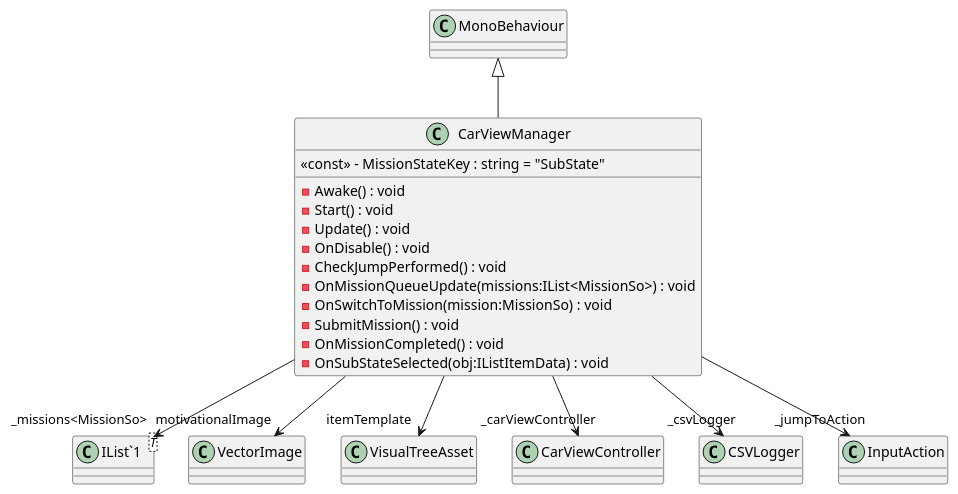
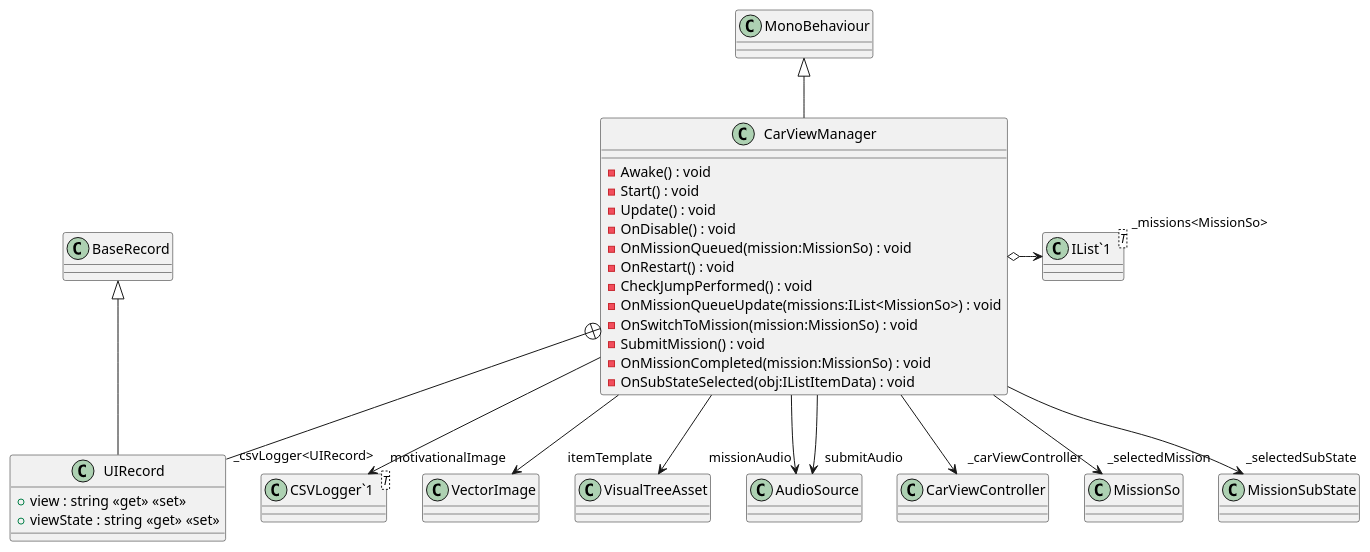
One commit to Ubus99/AVRO-Simulation changed the diagram in Assets/Documentation/UML/Simulation/UI/CarView/CarViewManager.puml. Above: the diagram before and after it, drawn with PlantUML. The commit also changed 105 other files, not shown here.

```diff
--- a/Assets/Documentation/UML/Simulation/UI/CarView/CarViewManager.puml
+++ b/Assets/Documentation/UML/Simulation/UI/CarView/CarViewManager.puml
@@ -1,24 +1,36 @@
 @startuml
 class CarViewManager {
-    <<const>> - MissionStateKey : string = "SubState"
     - Awake() : void
     - Start() : void
     - Update() : void
     - OnDisable() : void
+    - OnMissionQueued(mission:MissionSo) : void
+    - OnRestart() : void
     - CheckJumpPerformed() : void
     - OnMissionQueueUpdate(missions:IList<MissionSo>) : void
     - OnSwitchToMission(mission:MissionSo) : void
     - SubmitMission() : void
-    - OnMissionCompleted() : void
+    - OnMissionCompleted(mission:MissionSo) : void
     - OnSubStateSelected(obj:IListItemData) : void
 }
+class "CSVLogger`1"<T> {
+}
 class "IList`1"<T> {
+}
+class UIRecord {
+    + view : string <<get>> <<set>>
+    + viewState : string <<get>> <<set>>
 }
 MonoBehaviour <|-- CarViewManager
 CarViewManager --> "motivationalImage" VectorImage
 CarViewManager --> "itemTemplate" VisualTreeAsset
+CarViewManager --> "missionAudio" AudioSource
+CarViewManager --> "submitAudio" AudioSource
 CarViewManager --> "_carViewController" CarViewController
-CarViewManager --> "_csvLogger" CSVLogger
-CarViewManager --> "_jumpToAction" InputAction
-CarViewManager --> "_missions<MissionSo>" "IList`1"
+CarViewManager --> "_csvLogger<UIRecord>" "CSVLogger`1"
+CarViewManager o-> "_missions<MissionSo>" "IList`1"
+CarViewManager --> "_selectedMission" MissionSo
+CarViewManager --> "_selectedSubState" MissionSubState
+CarViewManager +-- UIRecord
+BaseRecord <|-- UIRecord
 @enduml
```
